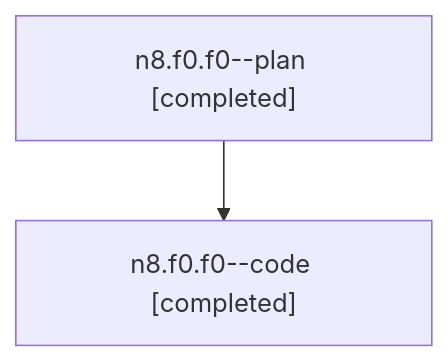
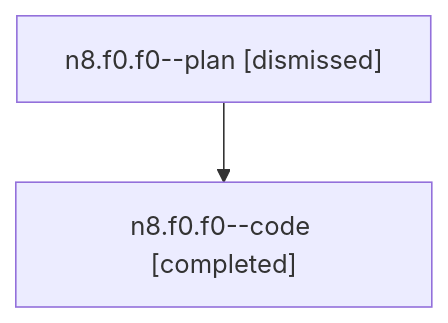
Before and after one commit to sase-org/sase--agents: the diagram in families/bbugyi200.athena.n8.f0.f0.md, drawn with Mermaid. The commit also changed other lines of this file and 740 other files, not shown here.

````diff
--- a/families/bbugyi200.athena.n8.f0.f0.md
+++ b/families/bbugyi200.athena.n8.f0.f0.md
@@ -9,6 +9,6 @@
 ```mermaid
 flowchart TD
-  n0["n8.f0.f0--plan [completed]"]
+  n0["n8.f0.f0--plan [dismissed]"]
   n1["n8.f0.f0--code [completed]"]
   n0 --> n1
 ```
````
